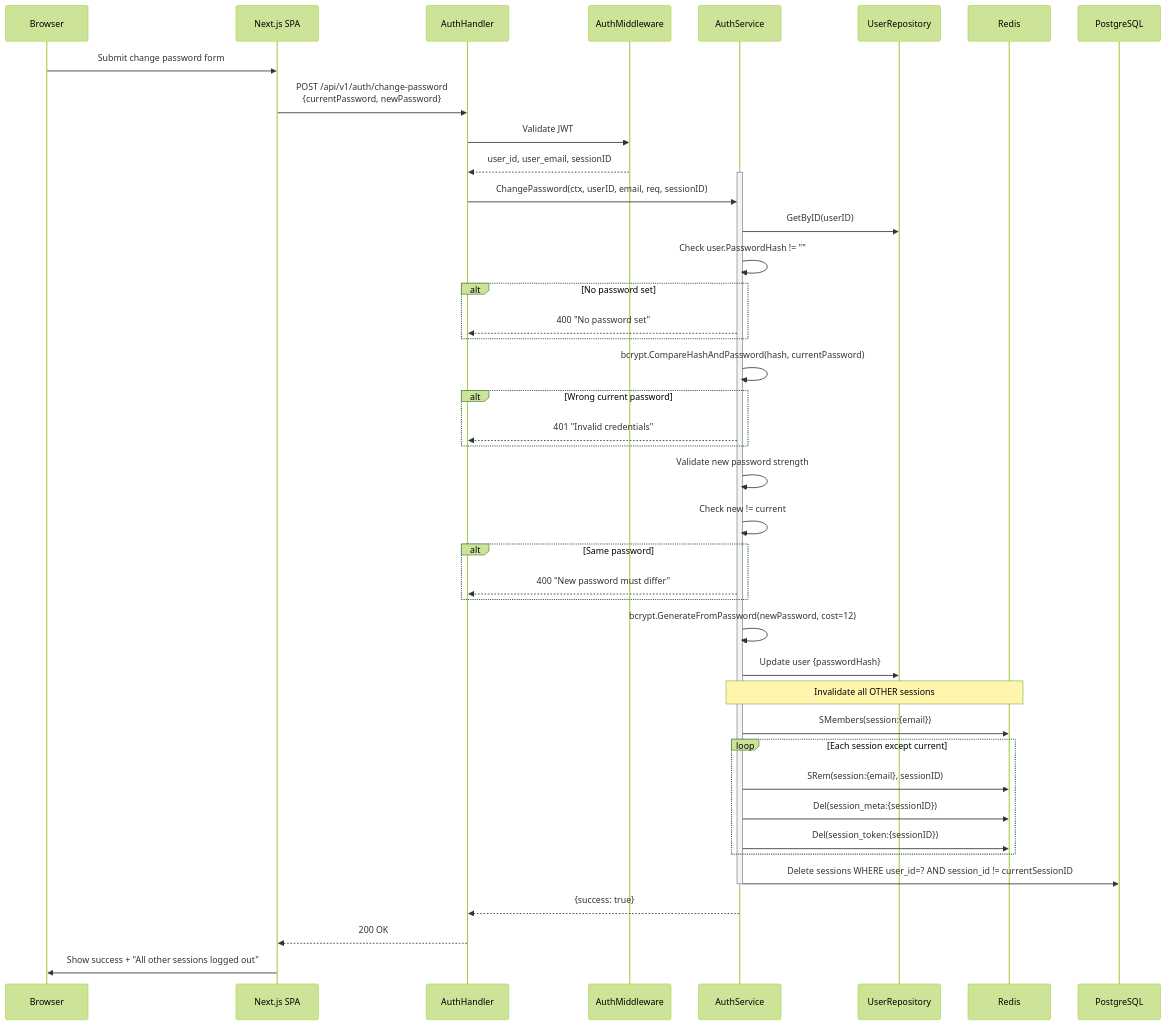
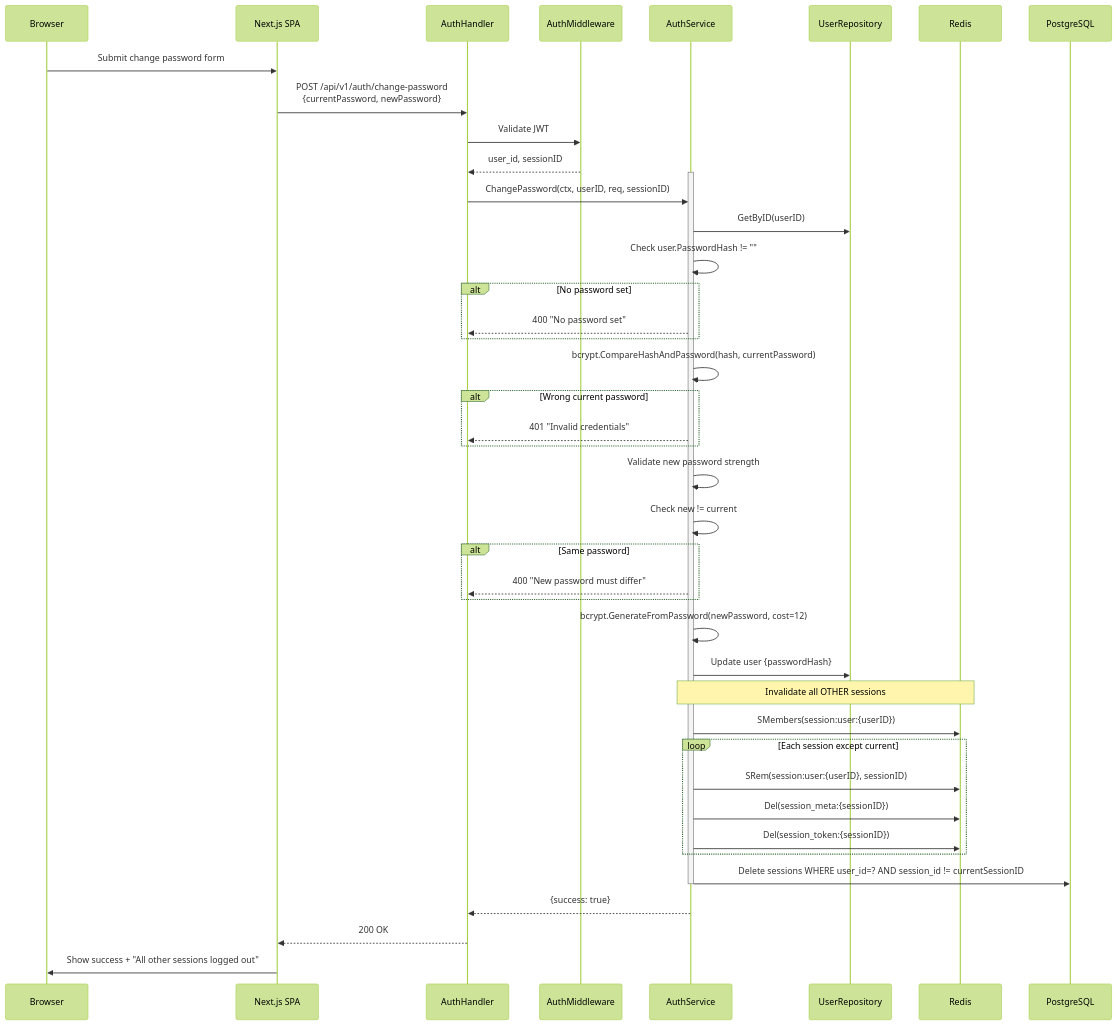
One commit to khanhnq1406/wealth-journey changed the seventh of 7 diagrams in docs/architecture/flow-auth.md. Above: the diagram before and after it, drawn with Mermaid (forest theme). The commit also changed other lines of this file and 2 other files, not shown here.

First line of the commit message:
docs(arch): update auth flow diagrams for email removal

````diff
--- a/docs/architecture/flow-auth.md
+++ b/docs/architecture/flow-auth.md
@@ -478,53 +473,53 @@
 ```mermaid
 sequenceDiagram
     participant Browser
     participant SPA as Next.js SPA
     participant Handler as AuthHandler
     participant AuthMW as AuthMiddleware
     participant Auth as AuthService
     participant UserRepo as UserRepository
     participant Redis
     participant DB as PostgreSQL
 
     Browser->>SPA: Submit change password form
     SPA->>Handler: POST /api/v1/auth/change-password<br/>{currentPassword, newPassword}
     Handler->>AuthMW: Validate JWT
-    AuthMW-->>Handler: user_id, user_email, sessionID
+    AuthMW-->>Handler: user_id, sessionID
 
     activate Auth
-    Handler->>Auth: ChangePassword(ctx, userID, email, req, sessionID)
+    Handler->>Auth: ChangePassword(ctx, userID, req, sessionID)
 
     Auth->>UserRepo: GetByID(userID)
     Auth->>Auth: Check user.PasswordHash != ""
     alt No password set
         Auth-->>Handler: 400 "No password set"
     end
 
     Auth->>Auth: bcrypt.CompareHashAndPassword(hash, currentPassword)
     alt Wrong current password
         Auth-->>Handler: 401 "Invalid credentials"
     end
 
     Auth->>Auth: Validate new password strength
     Auth->>Auth: Check new != current
     alt Same password
         Auth-->>Handler: 400 "New password must differ"
     end
 
     Auth->>Auth: bcrypt.GenerateFromPassword(newPassword, cost=12)
     Auth->>UserRepo: Update user {passwordHash}
 
     Note over Auth,Redis: Invalidate all OTHER sessions
-    Auth->>Redis: SMembers(session:{email})
+    Auth->>Redis: SMembers(session:user:{userID})
     loop Each session except current
-        Auth->>Redis: SRem(session:{email}, sessionID)
+        Auth->>Redis: SRem(session:user:{userID}, sessionID)
         Auth->>Redis: Del(session_meta:{sessionID})
         Auth->>Redis: Del(session_token:{sessionID})
     end
     Auth->>DB: Delete sessions WHERE user_id=? AND session_id != currentSessionID
     deactivate Auth
 
     Auth-->>Handler: {success: true}
     Handler-->>SPA: 200 OK
     SPA->>Browser: Show success + "All other sessions logged out"
 ```
````
